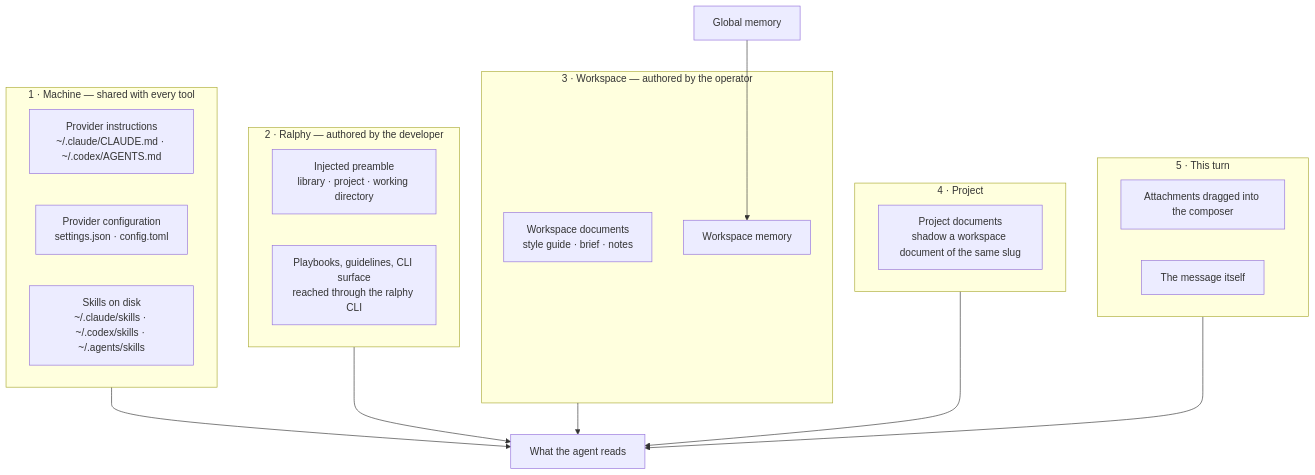
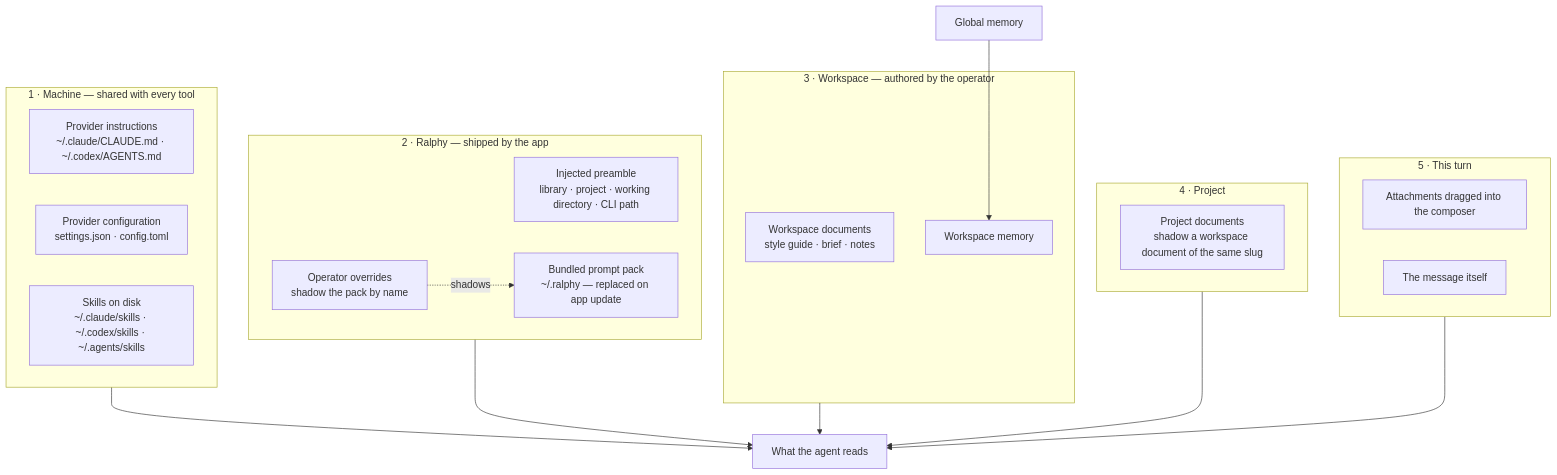
One commit to alecs5am/ralphy-desktop changed the first of 3 diagrams in docs/design/context-system-ui-handoff.md. Above: the diagram before and after it, drawn with Mermaid. The commit also changed other lines of this file and 1 other file, not shown here.

First line of the commit message:
Name the context defects, and bundle the prompts with the app

````diff
--- a/docs/design/context-system-ui-handoff.md
+++ b/docs/design/context-system-ui-handoff.md
@@ -30,29 +37,31 @@
 ```mermaid
 flowchart TB
     subgraph M["1 · Machine — shared with every tool"]
         MI["Provider instructions<br/>~/.claude/CLAUDE.md · ~/.codex/AGENTS.md"]
         MC["Provider configuration<br/>settings.json · config.toml"]
         MS["Skills on disk<br/>~/.claude/skills · ~/.codex/skills · ~/.agents/skills"]
     end
-    subgraph R["2 · Ralphy — authored by the developer"]
-        RP["Injected preamble<br/>library · project · working directory"]
-        RG["Playbooks, guidelines, CLI surface<br/>reached through the ralphy CLI"]
+    subgraph R["2 · Ralphy — shipped by the app"]
+        RP["Injected preamble<br/>library · project · working directory · CLI path"]
+        RG["Bundled prompt pack<br/>~/.ralphy — replaced on app update"]
+        RO["Operator overrides<br/>shadow the pack by name"]
     end
+    RO -.->|shadows| RG
     subgraph W["3 · Workspace — authored by the operator"]
         WD["Workspace documents<br/>style guide · brief · notes"]
         WM["Workspace memory"]
     end
     subgraph P["4 · Project"]
         PD["Project documents<br/>shadow a workspace document of the same slug"]
     end
     subgraph T["5 · This turn"]
         TA["Attachments dragged into the composer"]
         TM["The message itself"]
     end
     GM["Global memory"] --> WM
     M --> PROMPT["What the agent reads"]
     R --> PROMPT
     W --> PROMPT
     P --> PROMPT
     T --> PROMPT
 ```
````
